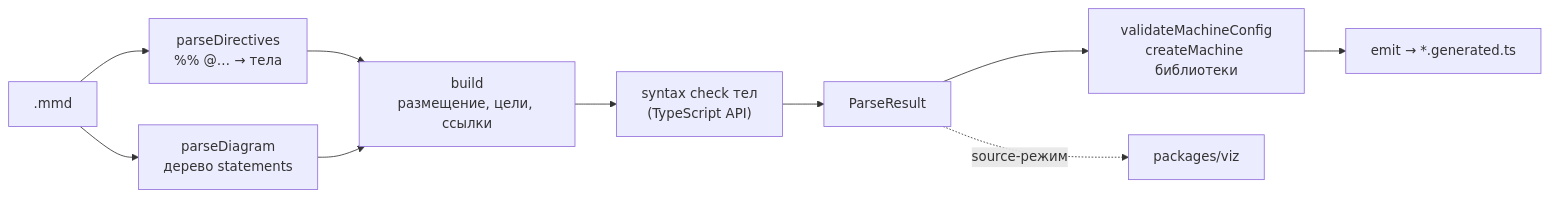
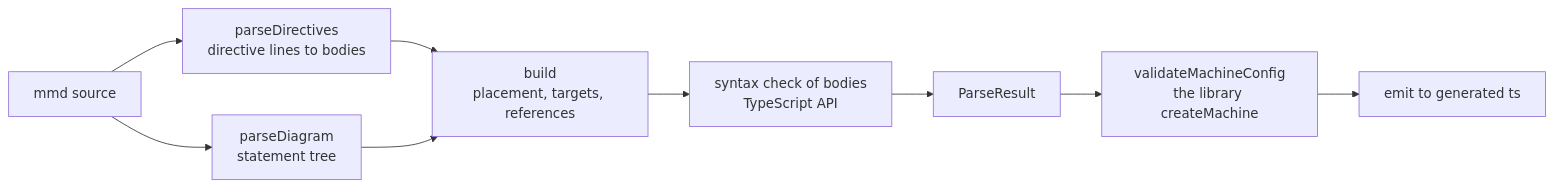
The diagram in packages/converter/README.md (fozy-labs/statechart), drawn with Mermaid before and after one commit. The commit also changed other lines of this file and 5 other files, not shown here.

````diff
--- a/packages/converter/README.md
+++ b/packages/converter/README.md
@@ -95,12 +243,15 @@
 ```mermaid
 flowchart LR
-    MMD[".mmd"] --> DIR["parseDirectives<br/>%% @… → тела"]
-    MMD --> DIA["parseDiagram<br/>дерево statements"]
-    DIR --> BLD["build<br/>размещение, цели, ссылки"]
-    DIA --> BLD
-    BLD --> CHK["syntax check тел<br/>(TypeScript API)"]
-    CHK --> RES["ParseResult"]
-    RES --> GATE["validateMachineConfig<br/>createMachine библиотеки"]
-    GATE --> EMIT["emit → *.generated.ts"]
-    RES -. "source-режим" .-> VIZ["packages/viz"]
+    MMD["mmd source"]
+    DIR["parseDirectives<br/>directive lines to bodies"]
+    DIA["parseDiagram<br/>statement tree"]
+    BLD["build<br/>placement, targets, references"]
+    CHK["syntax check of bodies<br/>TypeScript API"]
+    RES["ParseResult"]
+    GATE["validateMachineConfig<br/>the library createMachine"]
+    EMIT["emit to generated ts"]
+
+    MMD --> DIR --> BLD
+    MMD --> DIA --> BLD
+    BLD --> CHK --> RES --> GATE --> EMIT
 ```
````
